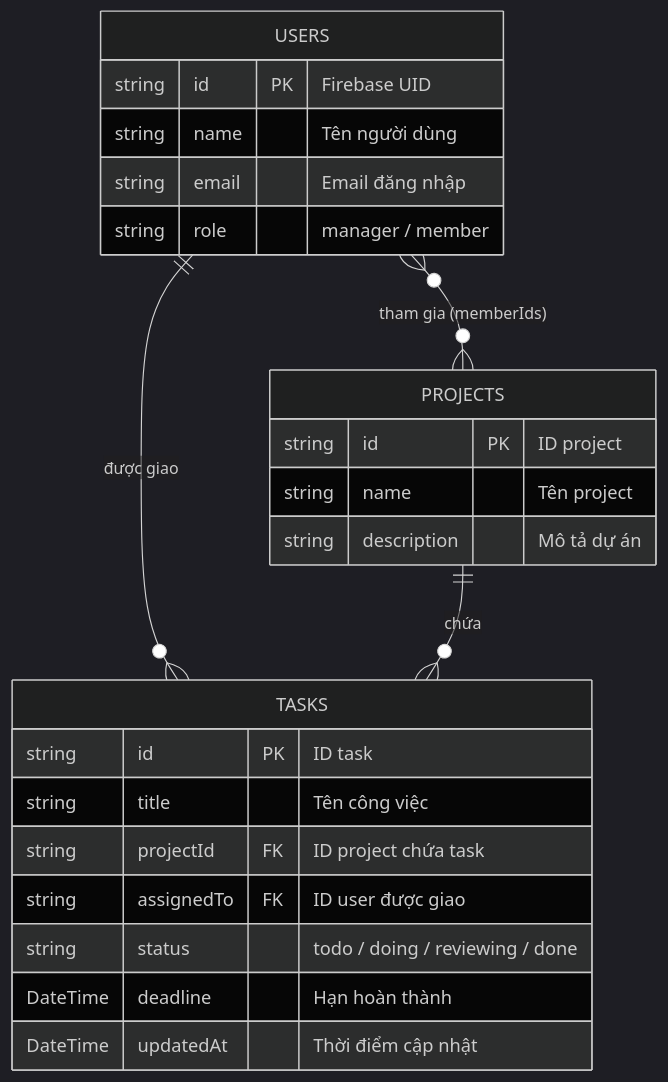
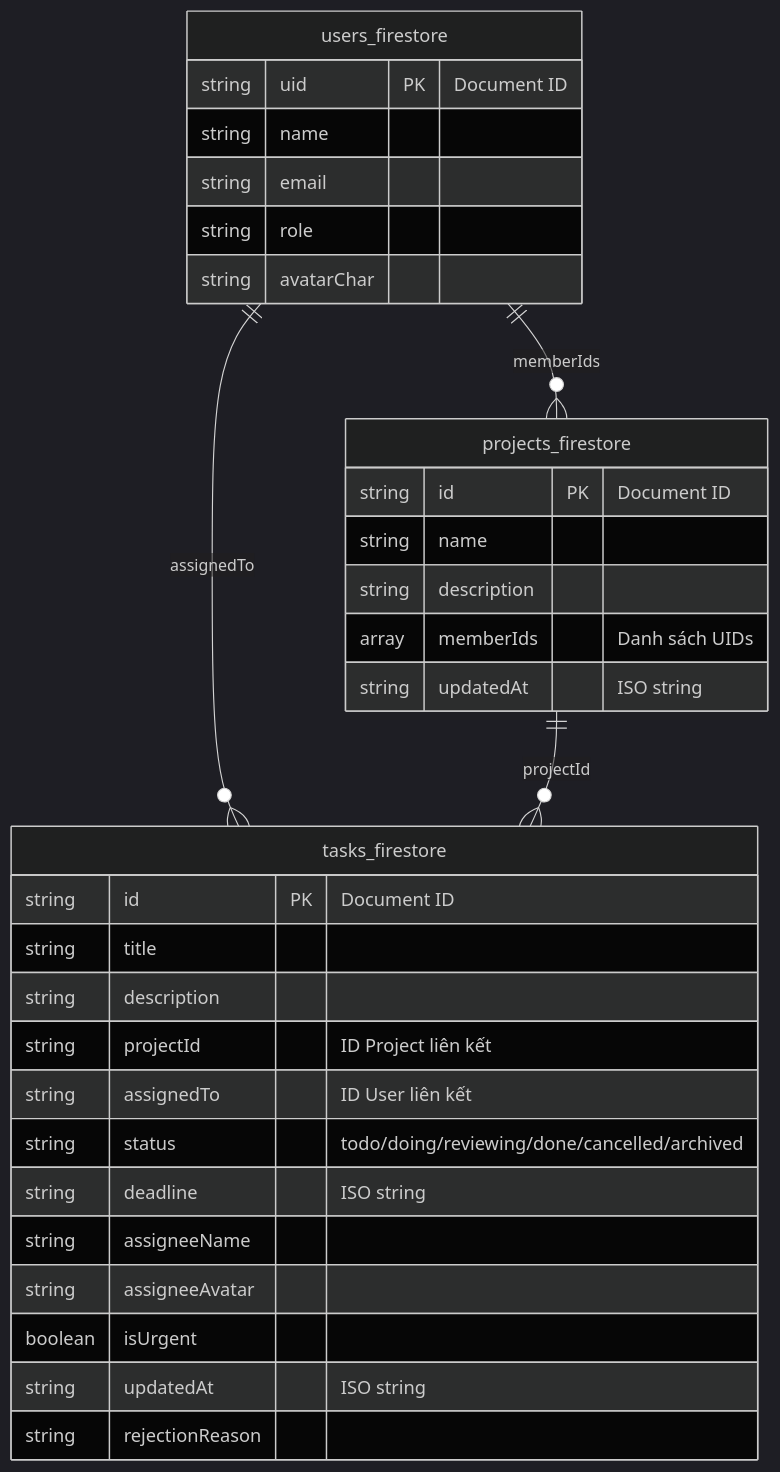
Before and after one commit to ttt-huong/TaskFlow_Huong_Thuong_Cuong_N03_1_2026: diagram 16 of 24 in docs/uml_va_luong_hoat_dong.md, drawn with Mermaid (dark theme). The commit also changed other lines of this file and 3 other files, not shown here.

Commit message:
docs: redesign UML diagrams and add final course reports

````diff
--- a/docs/uml_va_luong_hoat_dong.md
+++ b/docs/uml_va_luong_hoat_dong.md
@@ -441,29 +711,37 @@
 ```mermaid
 erDiagram
-    USERS {
-        string id PK "Firebase UID"
-        string name "Tên người dùng"
-        string email "Email đăng nhập"
-        string role "manager / member"
+    users_firestore {
+        string uid PK "Document ID"
+        string name
+        string email
+        string role
+        string avatarChar
     }
 
-    PROJECTS {
-        string id PK "ID project"
-        string name "Tên project"
-        string description "Mô tả dự án"
+    projects_firestore {
+        string id PK "Document ID"
+        string name
+        string description
+        array memberIds "Danh sách UIDs"
+        string updatedAt "ISO string"
     }
 
-    TASKS {
-        string id PK "ID task"
-        string title "Tên công việc"
-        string projectId FK "ID project chứa task"
-        string assignedTo FK "ID user được giao"
-        string status "todo / doing / reviewing / done"
-        DateTime deadline "Hạn hoàn thành"
-        DateTime updatedAt "Thời điểm cập nhật"
+    tasks_firestore {
+        string id PK "Document ID"
+        string title
+        string description
+        string projectId "ID Project liên kết"
+        string assignedTo "ID User liên kết"
+        string status "todo/doing/reviewing/done/cancelled/archived"
+        string deadline "ISO string"
+        string assigneeName
+        string assigneeAvatar
+        boolean isUrgent
+        string updatedAt "ISO string"
+        string rejectionReason
     }
 
-    USERS ||--o{ TASKS : "được giao"
-    PROJECTS ||--o{ TASKS : "chứa"
-    USERS }o--o{ PROJECTS : "tham gia (memberIds)"
+    users_firestore ||--o{ tasks_firestore : "assignedTo"
+    projects_firestore ||--o{ tasks_firestore : "projectId"
+    users_firestore ||--o{ projects_firestore : "memberIds"
 ```
````
